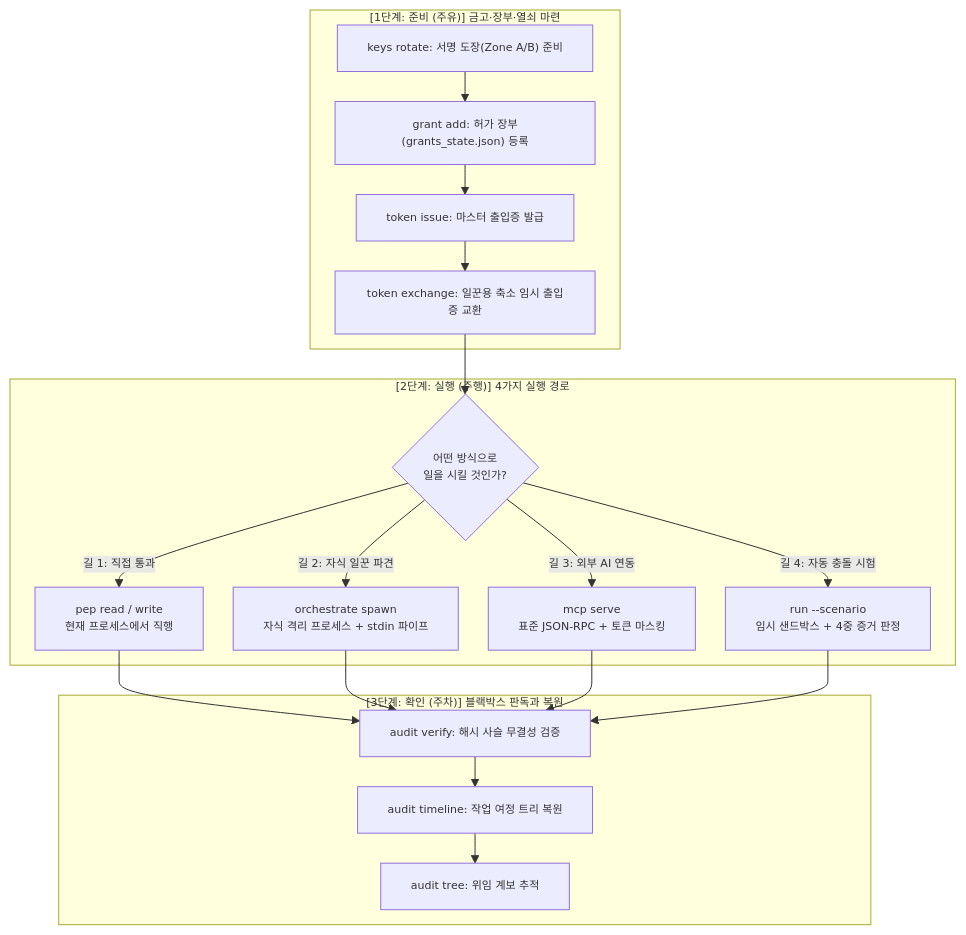
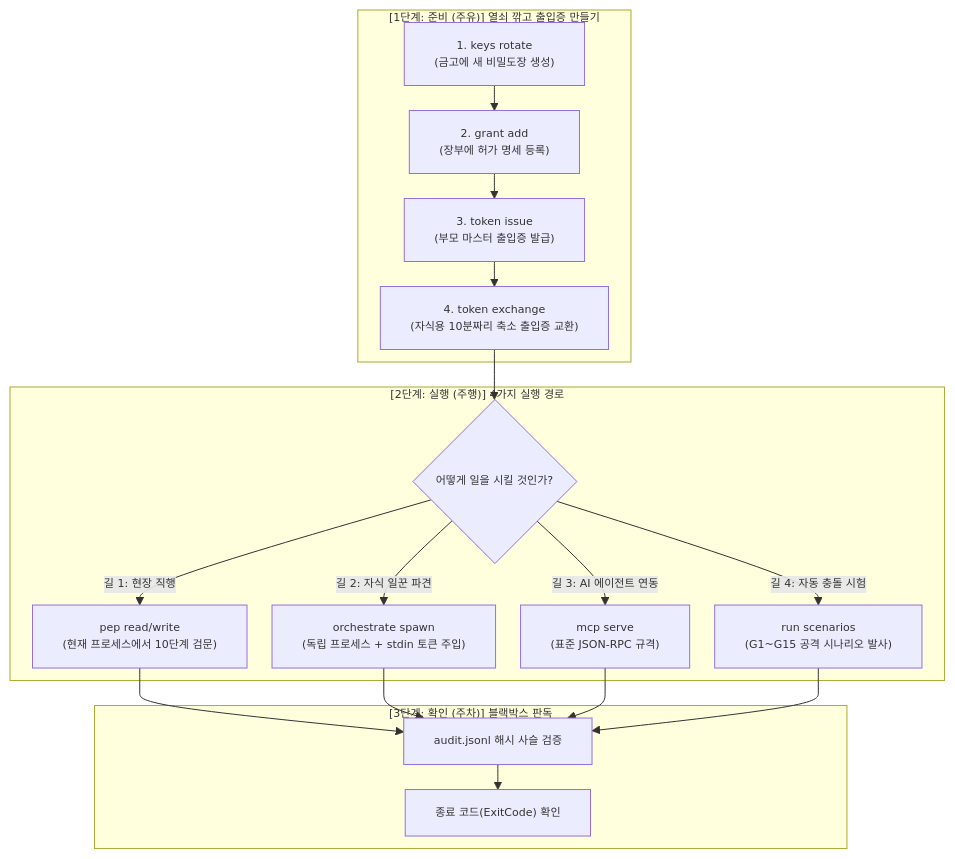
Before and after one commit to RadiantCitron/authz-harness: the diagram in docs/작동원리/001-프로그램_정체성과_전체_생애주기.md, drawn with Mermaid. The commit also changed other lines of this file, not shown here.

````diff
--- a/docs/작동원리/001-프로그램_정체성과_전체_생애주기.md
+++ b/docs/작동원리/001-프로그램_정체성과_전체_생애주기.md
@@ -87,23 +89,22 @@
 ```mermaid
-%%{init: {"themeVariables": {"fontSize": "11px"}, "flowchart": {"nodeSpacing": 30, "rankSpacing": 30}}}%%
+%%{init: {"themeVariables": {"fontSize": "11px"}, "flowchart": {"nodeSpacing": 25, "rankSpacing": 25}}}%%
 flowchart TD
-    subgraph Prep["[1단계: 준비 (주유)] 금고·장부·열쇠 마련"]
-        K1["keys rotate: 서명 도장(Zone A/B) 준비"] --> G1["grant add: 허가 장부(grants_state.json) 등록"]
-        G1 --> T1["token issue: 마스터 출입증 발급"]
-        T1 --> T2["token exchange: 일꾼용 축소 임시 출입증 교환"]
+    subgraph S1["[1단계: 준비 (주유)] 열쇠 깎고 출입증 만들기"]
+        K["1. keys rotate<br/>(금고에 새 비밀도장 생성)"] --> G["2. grant add<br/>(장부에 허가 명세 등록)"]
+        G --> T1["3. token issue<br/>(부모 마스터 출입증 발급)"]
+        T1 --> T2["4. token exchange<br/>(자식용 10분짜리 축소 출입증 교환)"]
     end
 
-    subgraph Run["[2단계: 실행 (주행)] 4가지 실행 경로"]
-        T2 --> Path{"어떤 방식으로<br/>일을 시킬 것인가?"}
-        Path -->|길 1: 직접 통과| P1["pep read / write<br/>현재 프로세스에서 직행"]
-        Path -->|길 2: 자식 일꾼 파견| P2["orchestrate spawn<br/>자식 격리 프로세스 + stdin 파이프"]
-        Path -->|길 3: 외부 AI 연동| P3["mcp serve<br/>표준 JSON-RPC + 토큰 마스킹"]
-        Path -->|길 4: 자동 충돌 시험| P4["run --scenario<br/>임시 샌드박스 + 4중 증거 판정"]
+    subgraph S2["[2단계: 실행 (주행)] 4가지 실행 경로"]
+        T2 --> Choice{"어떻게 일을 시킬 것인가?"}
+        Choice -->|길 1: 현장 직행| P1["pep read/write<br/>(현재 프로세스에서 10단계 검문)"]
+        Choice -->|길 2: 자식 일꾼 파견| P2["orchestrate spawn<br/>(독립 프로세스 + stdin 토큰 주입)"]
+        Choice -->|길 3: AI 에이전트 연동| P3["mcp serve<br/>(표준 JSON-RPC 규격)"]
+        Choice -->|길 4: 자동 충돌 시험| P4["run scenarios<br/>(G1~G15 공격 시나리오 발사)"]
     end
 
-    subgraph Verify["[3단계: 확인 (주차)] 블랙박스 판독과 복원"]
-        P1 & P2 & P3 & P4 --> A1["audit verify: 해시 사슬 무결성 검증"]
-        A1 --> A2["audit timeline: 작업 여정 트리 복원"]
-        A2 --> A3["audit tree: 위임 계보 추적"]
+    subgraph S3["[3단계: 확인 (주차)] 블랙박스 판독"]
+        P1 & P2 & P3 & P4 --> A1["audit.jsonl 해시 사슬 검증"]
+        A1 --> A2["종료 코드(ExitCode) 확인"]
     end
 ```
````
